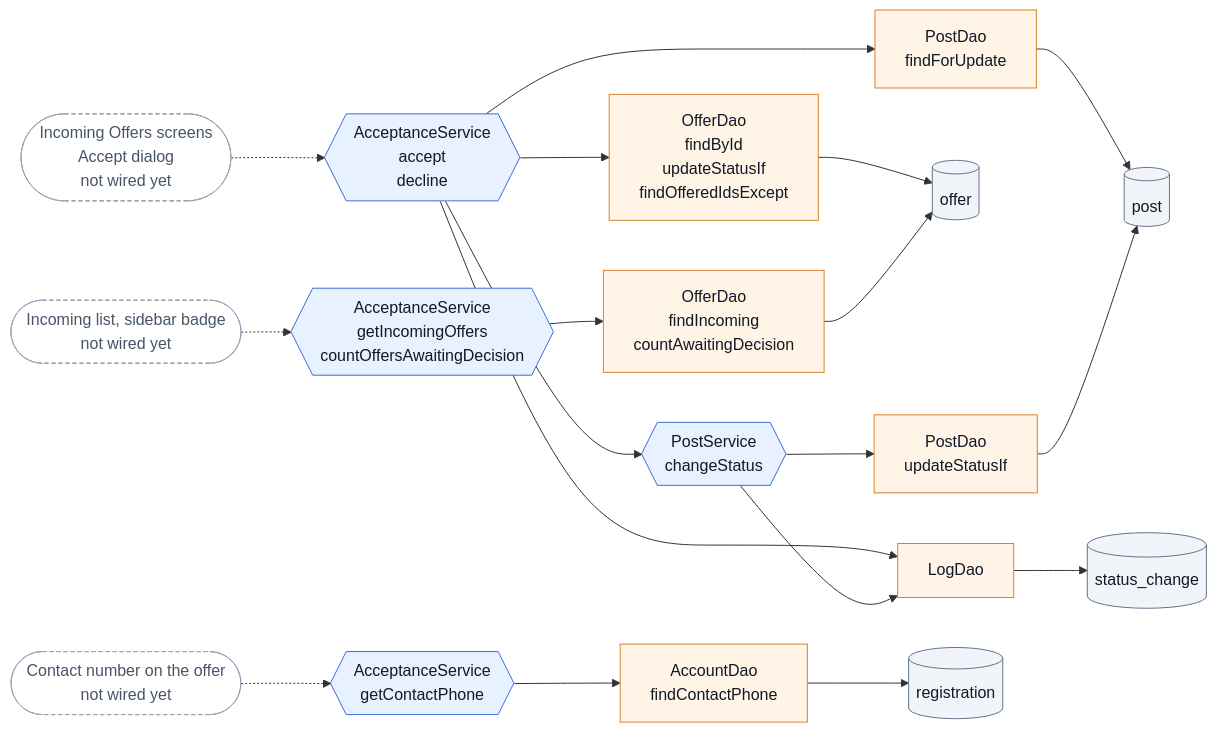
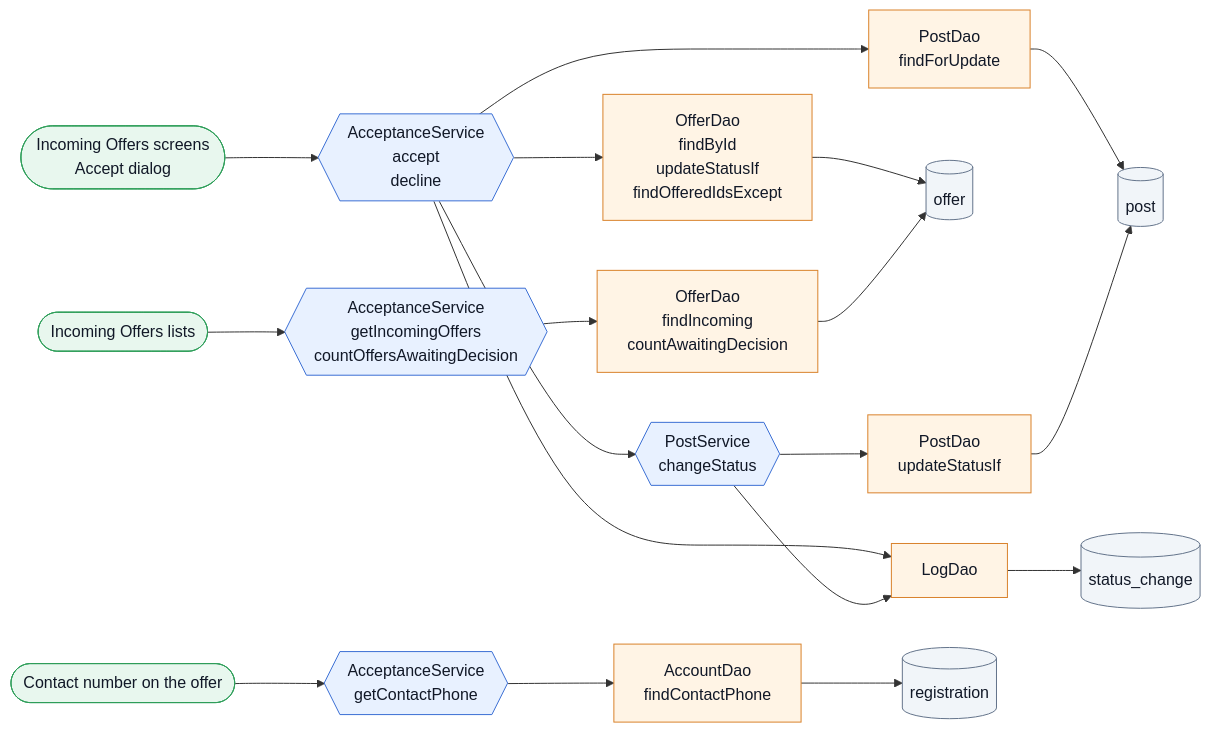
One commit to Az-Zav/ANIPLATO changed diagram 12 of 17 in docs/MAP.md. Above: the diagram before and after it, drawn with Mermaid. The commit also changed other lines of this file and 50 other files, not shown here.

````diff
--- a/docs/MAP.md
+++ b/docs/MAP.md
@@ -836,17 +851,17 @@
 ```mermaid
 flowchart LR
   classDef svc fill:#e8f1ff,stroke:#3b6fd4,color:#111827
   classDef dao fill:#fff4e5,stroke:#d9822b,color:#111827
   classDef tbl fill:#f1f5f9,stroke:#64748b,color:#111827
-  classDef planned fill:#ffffff,stroke:#94a3b8,stroke-dasharray:4 3,color:#475569
-  IO([Incoming Offers screens<br/>Accept dialog<br/>not wired yet]):::planned -.-> AS{{AcceptanceService<br/>accept<br/>decline}}:::svc
+  classDef screen fill:#e8f7ee,stroke:#2f9e5a,color:#111827
+  IO([Incoming Offers screens<br/>Accept dialog]):::screen --> AS{{AcceptanceService<br/>accept<br/>decline}}:::svc
   AS --> PF[PostDao<br/>findForUpdate]:::dao --> TP[(post)]:::tbl
   AS --> OD[OfferDao<br/>findById<br/>updateStatusIf<br/>findOfferedIdsExcept]:::dao --> TO[(offer)]:::tbl
   AS --> PS{{PostService<br/>changeStatus}}:::svc --> PU[PostDao<br/>updateStatusIf]:::dao --> TP
   AS --> LG[LogDao]:::dao --> TL[(status_change)]:::tbl
   PS --> LG
-  IL([Incoming list, sidebar badge<br/>not wired yet]):::planned -.-> AI{{AcceptanceService<br/>getIncomingOffers<br/>countOffersAwaitingDecision}}:::svc
+  IL([Incoming Offers lists]):::screen --> AI{{AcceptanceService<br/>getIncomingOffers<br/>countOffersAwaitingDecision}}:::svc
   AI --> OI[OfferDao<br/>findIncoming<br/>countAwaitingDecision]:::dao --> TO
-  CP([Contact number on the offer<br/>not wired yet]):::planned -.-> GC{{AcceptanceService<br/>getContactPhone}}:::svc
+  CP([Contact number on the offer]):::screen --> GC{{AcceptanceService<br/>getContactPhone}}:::svc
   GC --> AP[AccountDao<br/>findContactPhone]:::dao --> TA[(registration)]:::tbl
 ```
````
